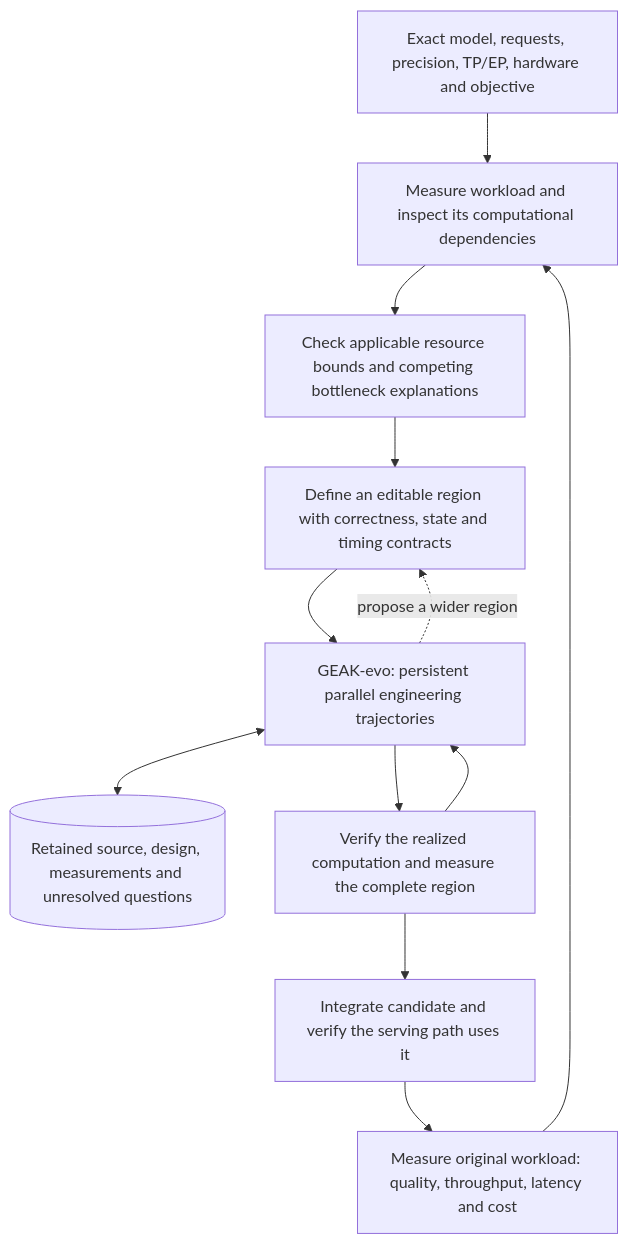
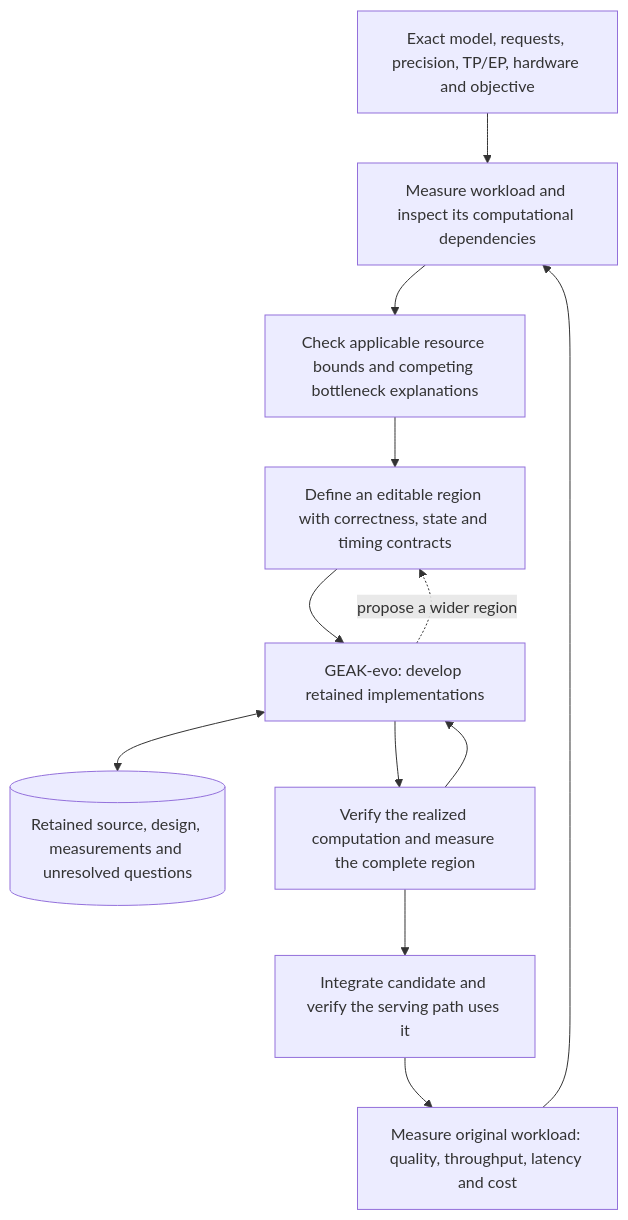
Before and after one commit to AMD-AGI/GEAK: the diagram in docs/evo/workload-discovery.md, drawn with Mermaid. The commit also changed other lines of this file and 3 other files, not shown here.

Commit message:
Document current GEAK-evo and Hyperloom integration paths

````diff
--- a/docs/evo/workload-discovery.md
+++ b/docs/evo/workload-discovery.md
@@ -14,17 +12,17 @@
 ```mermaid
 flowchart TD
     W[Exact model, requests, precision, TP/EP, hardware and objective]
     P[Measure workload and inspect its computational dependencies]
     B[Check applicable resource bounds and competing bottleneck explanations]
     T[Define an editable region with correctness, state and timing contracts]
-    E[GEAK-evo: persistent parallel engineering trajectories]
+    E[GEAK-evo: develop retained implementations]
     M[(Retained source, design, measurements and unresolved questions)]
     V[Verify the realized computation and measure the complete region]
     I[Integrate candidate and verify the serving path uses it]
     F[Measure original workload: quality, throughput, latency and cost]
     W --> P --> B --> T --> E --> V --> I --> F
     E <--> M
     V --> E
     E -. propose a wider region .-> T
     F --> P
 ```
````
